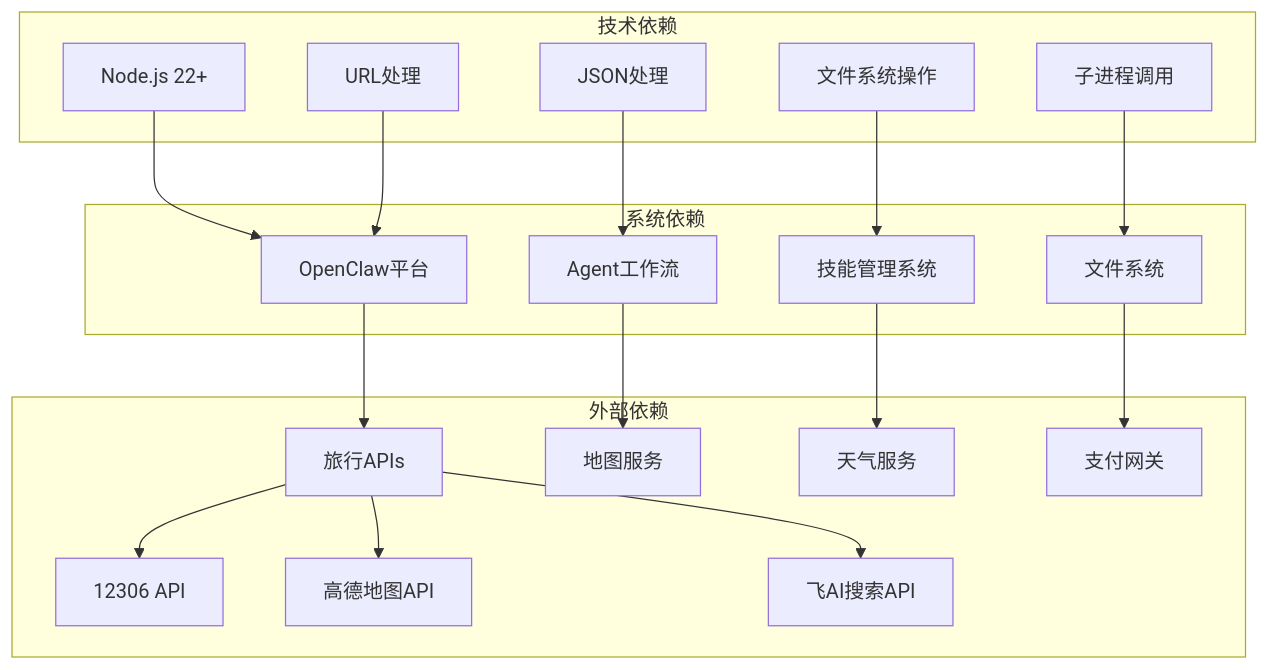
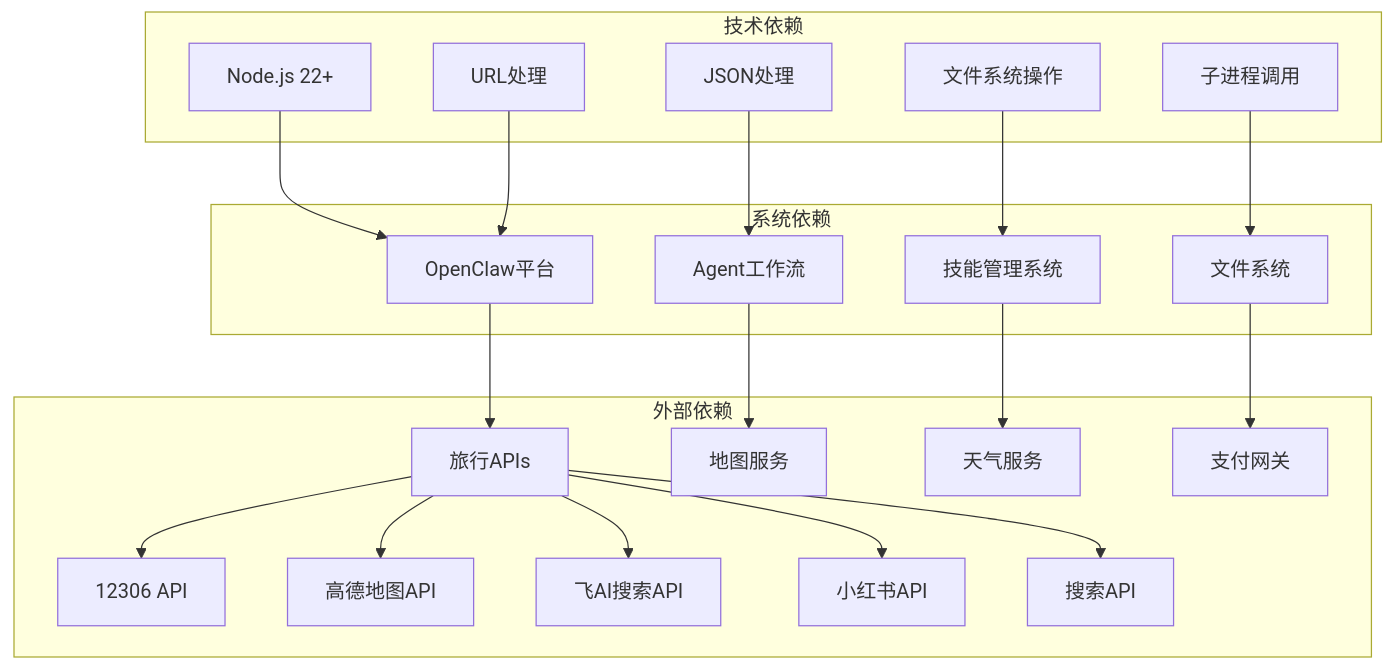
Before and after one commit to verse-ai-org/openclaw: the eighth of 8 diagrams in .qoder/repowiki/zh/content/技能平台/内置技能/旅行规划技能系统.md, drawn with Mermaid. The commit also changed other lines of this file and 16 other files, not shown here.

````diff
--- a/.qoder/repowiki/zh/content/技能平台/内置技能/旅行规划技能系统.md
+++ b/.qoder/repowiki/zh/content/技能平台/内置技能/旅行规划技能系统.md
@@ -473,37 +563,41 @@
 ```mermaid
 graph TB
 subgraph "技术依赖"
 A[Node.js 22+]
 B[JSON处理]
 C[文件系统操作]
 D[子进程调用]
 E[URL处理]
 end
 subgraph "系统依赖"
 F[OpenClaw平台]
 G[Agent工作流]
 H[技能管理系统]
 I[文件系统]
 end
 subgraph "外部依赖"
 J[旅行APIs]
 K[地图服务]
 L[天气服务]
 M[支付网关]
 N[12306 API]
 O[高德地图API]
 P[飞AI搜索API]
+Q[小红书API]
+R[搜索API]
 end
 A --> F
 B --> G
 C --> H
 D --> I
 E --> F
 F --> J
 G --> K
 H --> L
 I --> M
 J --> N
 J --> O
 J --> P
+J --> Q
+J --> R
 ```
````
